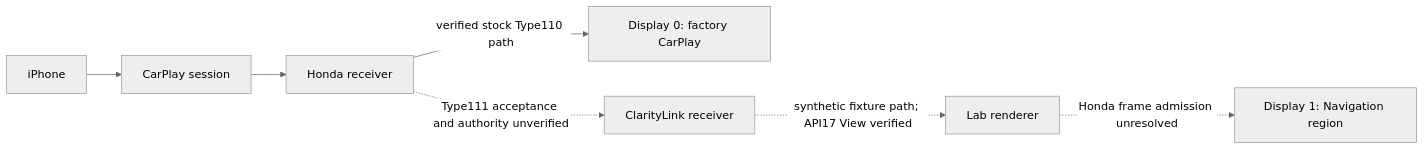
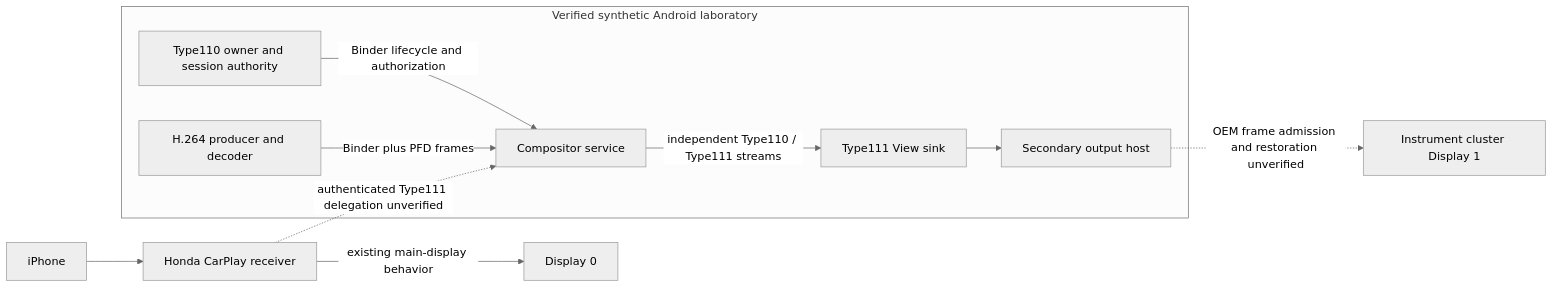
Before and after one commit to bmreyes25/ClarityLink: the diagram in README.md, drawn with Mermaid (neutral theme). The commit also changed other lines of this file and 28 other files, not shown here.

````diff
--- a/README.md
+++ b/README.md
@@ -23,9 +23,18 @@
 ```mermaid
 flowchart LR
-  phone[iPhone] --> session[CarPlay session]
-  session --> jmcs[Honda receiver]
-  jmcs -->|verified stock Type110 path| center[Display 0: factory CarPlay]
-  jmcs -.->|Type111 acceptance and authority unverified| receiver[ClarityLink receiver]
-  receiver -.->|synthetic fixture path; API17 View verified| renderer[Lab renderer]
-  renderer -.->|Honda frame admission unresolved| cluster[Display 1: Navigation region]
+  subgraph Lab[Verified synthetic Android laboratory]
+    owner[Type110 owner and session authority]
+    comp[Compositor service]
+    producer[H.264 producer and decoder]
+    view[Type111 View sink]
+    output[Secondary output host]
+    owner -->|Binder lifecycle and authorization| comp
+    producer -->|Binder plus PFD frames| comp
+    comp -->|independent Type110 / Type111 streams| view
+    view --> output
+  end
+  phone[iPhone] --> receiver[Honda CarPlay receiver]
+  receiver -->|existing main-display behavior| main[Display 0]
+  receiver -.->|authenticated Type111 delegation unverified| comp
+  output -.->|OEM frame admission and restoration unverified| cluster[Instrument cluster Display 1]
 ```
````
